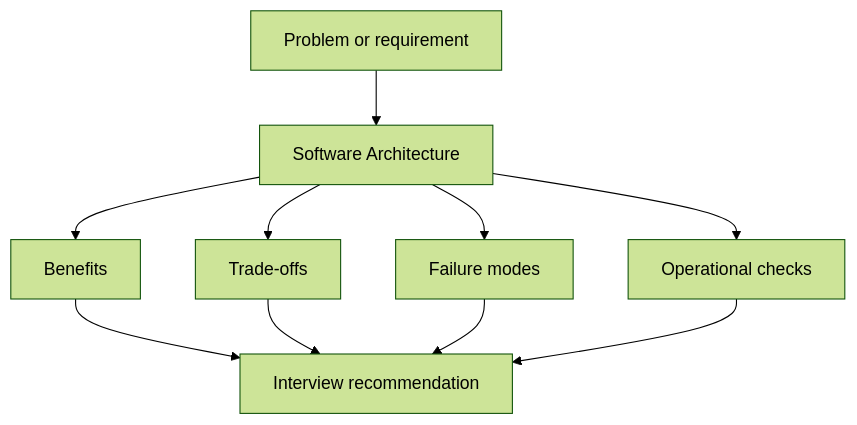
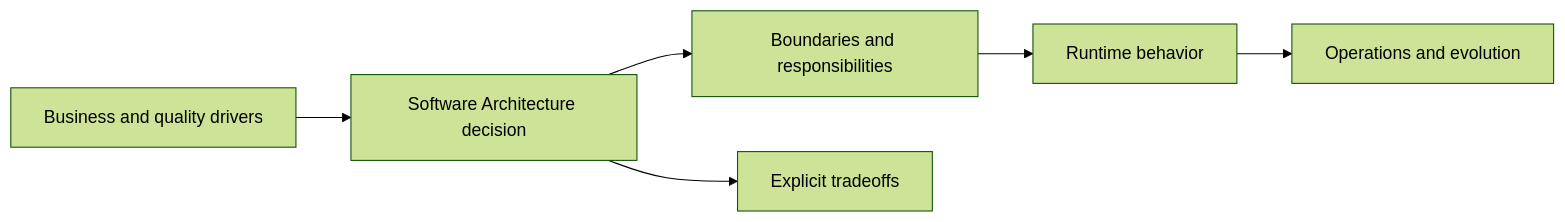
The second of 3 diagrams in architecture/index.md (abstractinterviews/abstractinterviews.github.io), drawn with Mermaid (forest theme) before and after one commit. The commit also changed other lines of this file and 278 other files, not shown here.

````diff
--- a/architecture/index.md
+++ b/architecture/index.md
@@ -151,12 +143,8 @@
-~~~mermaid
-flowchart TD
-    Problem["Problem or requirement"] --> Concept["Software Architecture"]
-    Concept --> Benefits["Benefits"]
-    Concept --> Tradeoffs["Trade-offs"]
-    Concept --> FailureModes["Failure modes"]
-    Concept --> Operations["Operational checks"]
-    Benefits --> Decision["Interview recommendation"]
-    Tradeoffs --> Decision
-    FailureModes --> Decision
-    Operations --> Decision
-~~~
+```mermaid
+flowchart LR
+    Drivers["Business and quality drivers"] --> Decision["Software Architecture decision"]
+    Decision --> Structure["Boundaries and responsibilities"]
+    Structure --> Runtime["Runtime behavior"]
+    Runtime --> Ops["Operations and evolution"]
+    Decision --> Tradeoffs["Explicit tradeoffs"]
+```
````
